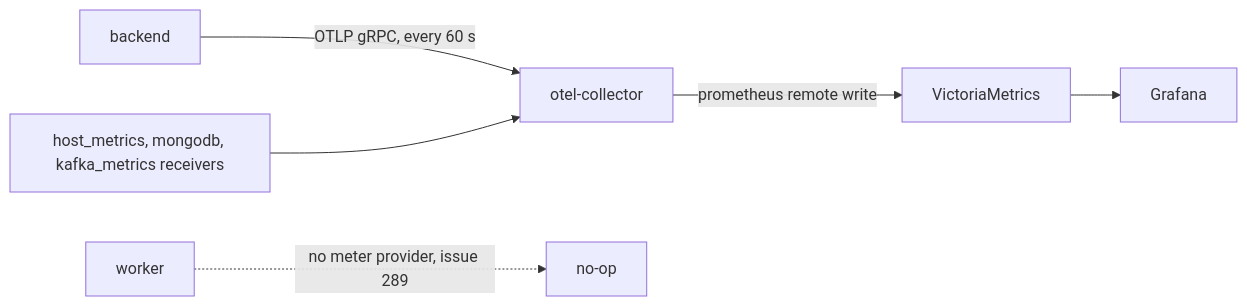
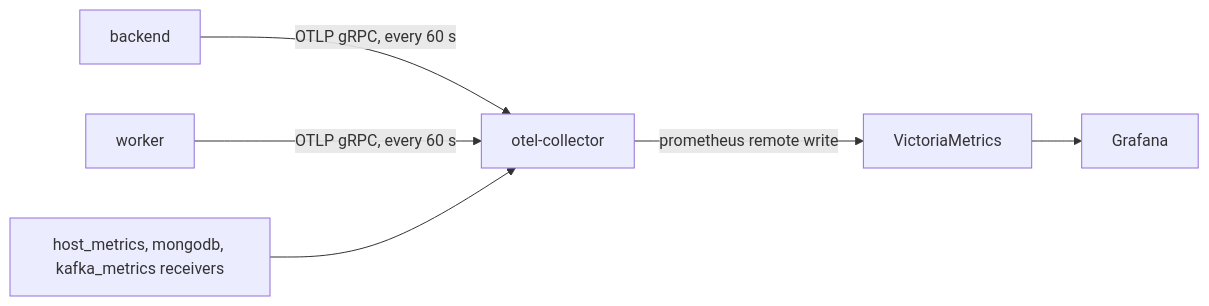
One commit to HardMax71/Integr8sCode changed the diagram in docs/operations/metrics-reference.md. Above: the diagram before and after it, drawn with Mermaid. The commit also changed other lines of this file and 10 other files, not shown here.

````diff
--- a/docs/operations/metrics-reference.md
+++ b/docs/operations/metrics-reference.md
@@ -7,8 +7,8 @@
 ```mermaid
 flowchart LR
     API["backend"] -->|"OTLP gRPC, every 60 s"| Collector["otel-collector"]
+    Worker["worker"] -->|"OTLP gRPC, every 60 s"| Collector
     Receivers["host_metrics, mongodb, kafka_metrics receivers"] --> Collector
     Collector -->|"prometheus remote write"| VM["VictoriaMetrics"]
     VM --> Grafana
-    Worker["worker"] -.->|"no meter provider, issue 289"| Dropped["no-op"]
 ```
````
